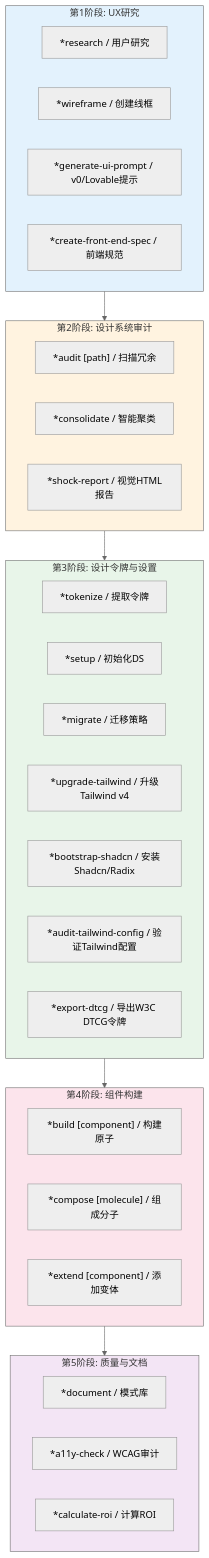
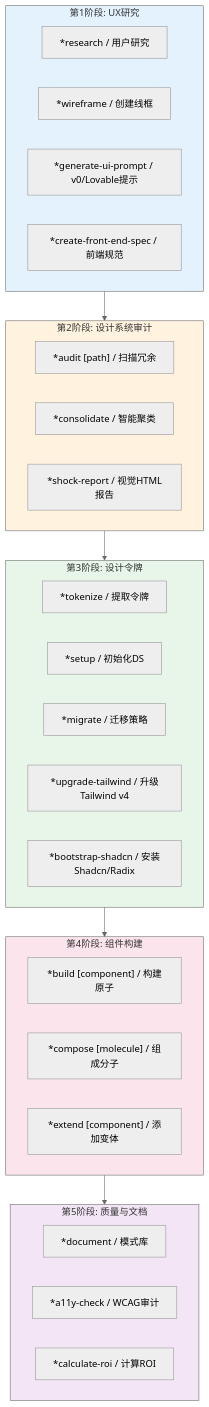
Before and after one commit to bychrisr/aios-docs: the diagram in content/en/docs/zh/aios-agent-flows/ux-design-expert-system.mdx, drawn with Mermaid (neutral theme). The commit also changed other lines of this file and 26 other files, not shown here.

````diff
--- a/content/en/docs/zh/aios-agent-flows/ux-design-expert-system.mdx
+++ b/content/en/docs/zh/aios-agent-flows/ux-design-expert-system.mdx
@@ -39,48 +39,46 @@
 ```mermaid
 flowchart TB
     subgraph PHASE1["第1阶段: UX研究"]
         R1["*research / 用户研究"]
         R2["*wireframe / 创建线框"]
         R3["*generate-ui-prompt / v0/Lovable提示"]
         R4["*create-front-end-spec / 前端规范"]
     end
 
     subgraph PHASE2["第2阶段: 设计系统审计"]
         A1["*audit [path] / 扫描冗余"]
         A2["*consolidate / 智能聚类"]
         A3["*shock-report / 视觉HTML报告"]
     end
 
-    subgraph PHASE3["第3阶段: 设计令牌与设置"]
+    subgraph PHASE3["第3阶段: 设计令牌"]
         T1["*tokenize / 提取令牌"]
         T2["*setup / 初始化DS"]
         T3["*migrate / 迁移策略"]
         T4["*upgrade-tailwind / 升级Tailwind v4"]
         T5["*bootstrap-shadcn / 安装Shadcn/Radix"]
-        T6["*audit-tailwind-config / 验证Tailwind配置"]
-        T7["*export-dtcg / 导出W3C DTCG令牌"]
     end
 
     subgraph PHASE4["第4阶段: 组件构建"]
         B1["*build [component] / 构建原子"]
         B2["*compose [molecule] / 组成分子"]
         B3["*extend [component] / 添加变体"]
     end
 
     subgraph PHASE5["第5阶段: 质量与文档"]
         Q1["*document / 模式库"]
         Q2["*a11y-check / WCAG审计"]
         Q3["*calculate-roi / 计算ROI"]
     end
 
     PHASE1 --> PHASE2
     PHASE2 --> PHASE3
     PHASE3 --> PHASE4
     PHASE4 --> PHASE5
 
     style PHASE1 fill:#e3f2fd
     style PHASE2 fill:#fff3e0
     style PHASE3 fill:#e8f5e9
     style PHASE4 fill:#fce4ec
     style PHASE5 fill:#f3e5f5
 ```
````
